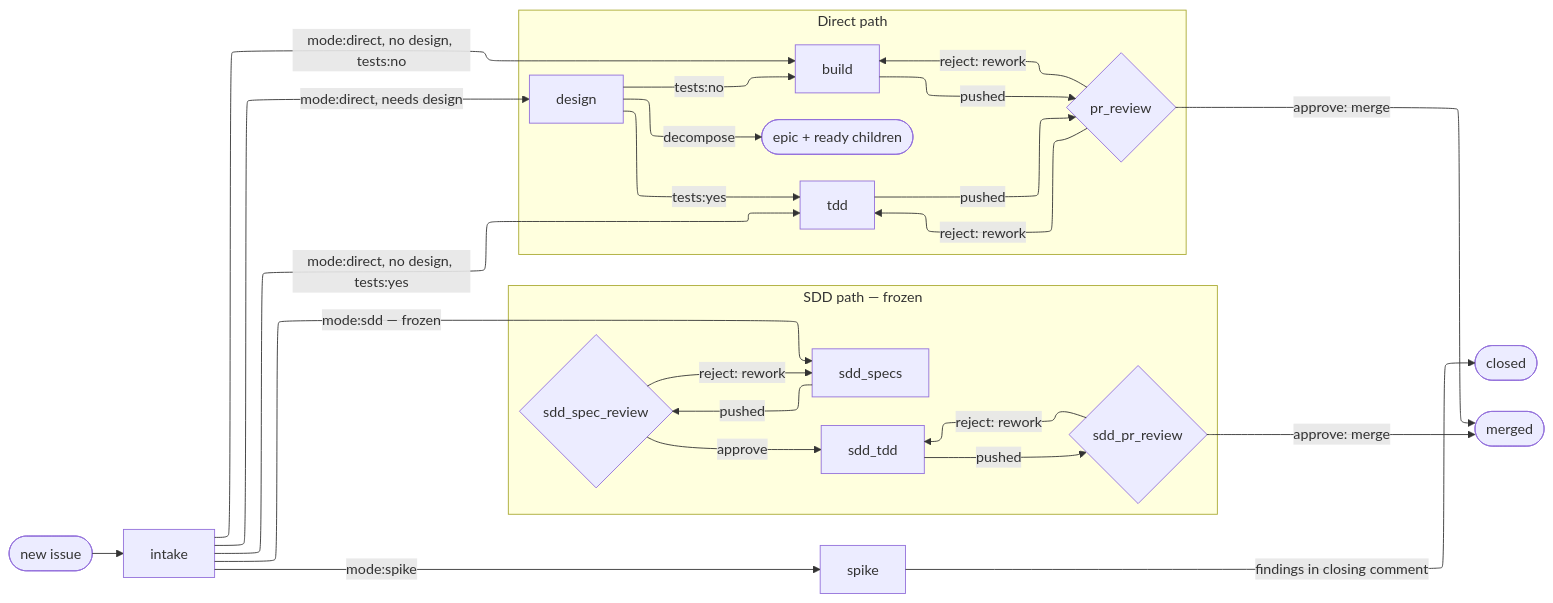
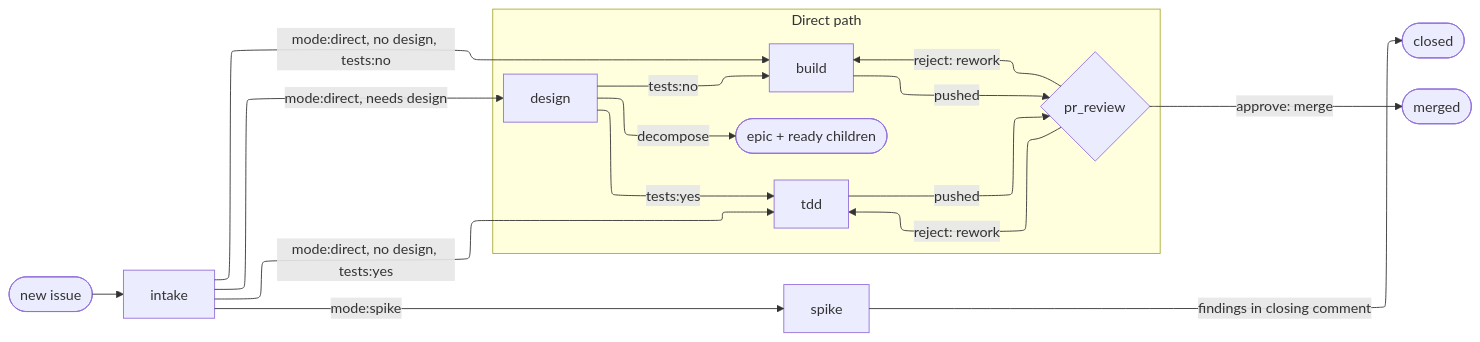
The diagram in software-factory/software-factory.md (GeoffNordling/dev-playbook), drawn with Mermaid before and after one commit. The commit also changed other lines of this file and 12 other files, not shown here.

````diff
--- a/software-factory/software-factory.md
+++ b/software-factory/software-factory.md
@@ -45,32 +42,22 @@
 ```mermaid
 %%{init: {'flowchart': {'defaultRenderer': 'elk'}}}%%
 flowchart LR
     new([new issue]) --> intake[intake]
-    intake -->|"mode:sdd — frozen"| sdd_specs[sdd_specs]
     intake -->|mode:direct, needs design| design[design]
     intake -->|mode:direct, no design, tests:yes| tdd[tdd]
     intake -->|mode:direct, no design, tests:no| build[build]
     intake -->|mode:spike| spike[spike]
-
-    subgraph sdd["SDD path — frozen"]
-        sdd_specs -->|pushed| sdd_spec_review{sdd_spec_review}
-        sdd_spec_review -->|reject: rework| sdd_specs
-        sdd_spec_review -->|approve| sdd_tdd[sdd_tdd]
-        sdd_tdd -->|pushed| sdd_pr_review{sdd_pr_review}
-        sdd_pr_review -->|reject: rework| sdd_tdd
-    end
 
     subgraph direct[Direct path]
         design -->|tests:yes| tdd
         design -->|tests:no| build
         design -->|decompose| decomposed([epic + ready children])
         tdd -->|pushed| pr_review{pr_review}
         build -->|pushed| pr_review
         pr_review -->|reject: rework| tdd
         pr_review -->|reject: rework| build
     end
 
     spike -->|findings in closing comment| closed([closed])
-    sdd_pr_review -->|approve: merge| done([merged])
-    pr_review -->|approve: merge| done
+    pr_review -->|approve: merge| done([merged])
 ```
````
